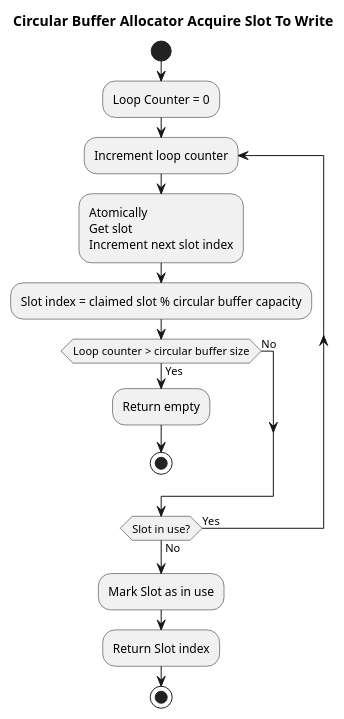
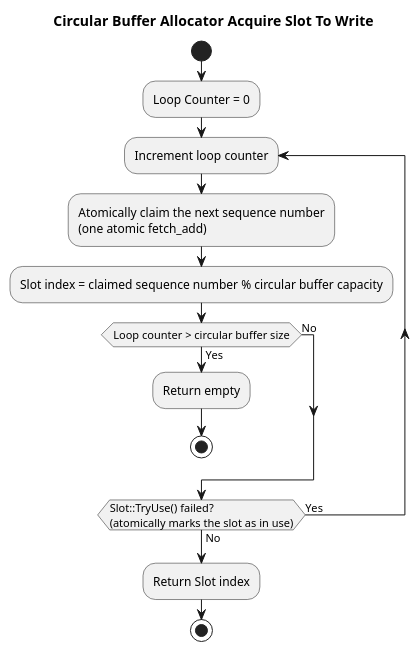
One commit to eclipse-score/baselibs changed the diagram in score/mw/log/docs/detailed_design/_assets/circular_buffer_allocator_acquireslottowrite.puml. Above: the diagram before and after it, drawn with PlantUML. The commit also changed 2 other files, not shown here.

Commit message:
docs(mw/log): show the mutex of the SlotDrainer and the atomic slot claim
The SlotDrainer locks context_mutex_ in PushBack() and Flush(). The
CircularAllocator claims a slot with one atomic fetch_add and marks it with
Slot::TryUse() in the loop condition.

```diff
--- a/score/mw/log/docs/detailed_design/_assets/circular_buffer_allocator_acquireslottowrite.puml
+++ b/score/mw/log/docs/detailed_design/_assets/circular_buffer_allocator_acquireslottowrite.puml
@@ -1,19 +1,17 @@
 @startuml circular_buffer_allocator_acquireslottowrite
 title Circular Buffer Allocator Acquire Slot To Write
 start
 :Loop Counter = 0;
 repeat :Increment loop counter;
-    :Atomically
-    Get slot
-    Increment next slot index;
-    :Slot index = claimed slot % circular buffer capacity;
+    :Atomically claim the next sequence number
+    (one atomic fetch_add);
+    :Slot index = claimed sequence number % circular buffer capacity;
     if (Loop counter > circular buffer size) then (Yes)
         :Return empty;
         stop
     else (No)
     endif
-repeat while (Slot in use?) is (Yes) not (No);
-:Mark Slot as in use;
+repeat while (Slot::TryUse() failed?\n(atomically marks the slot as in use)) is (Yes) not (No);
 :Return Slot index;
 stop
 @enduml
```
